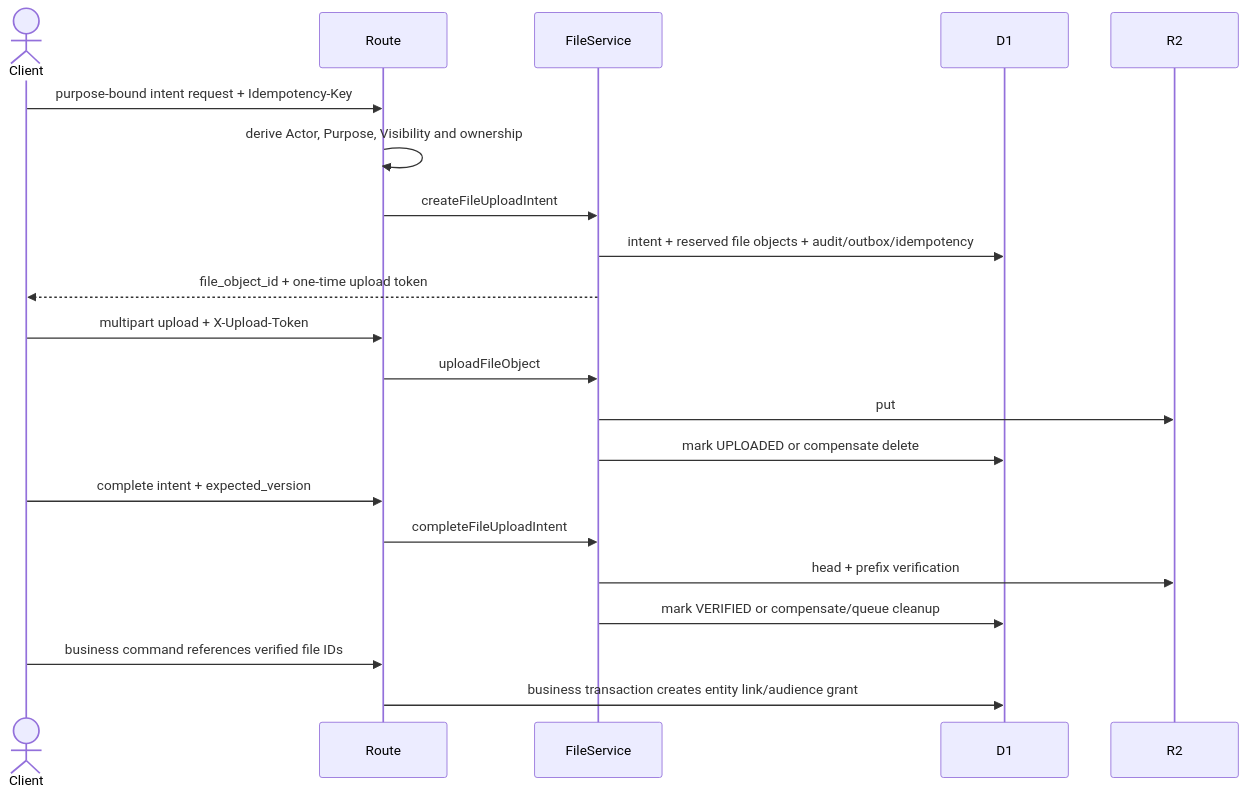
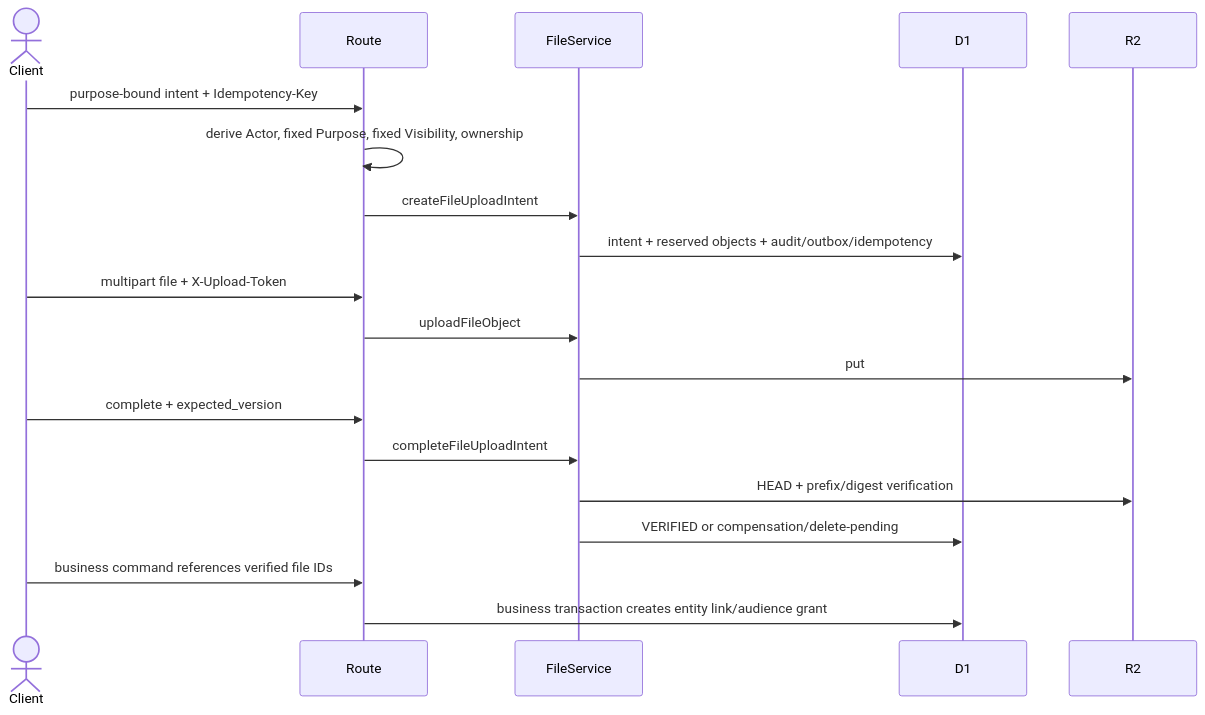
Before and after one commit to yueguangbailiangpin/yueguangbai-v2: the second of 2 diagrams in openspec/changes/wave13-frontend-readiness-backend-completion/design.md, drawn with Mermaid. The commit also changed other lines of this file and 5 other files, not shown here.

````diff
--- a/openspec/changes/wave13-frontend-readiness-backend-completion/design.md
+++ b/openspec/changes/wave13-frontend-readiness-backend-completion/design.md
@@ -173,23 +178,21 @@
 ```mermaid
 sequenceDiagram
   actor Client
   participant Route
   participant FileService
   participant D1
   participant R2
-  Client->>Route: purpose-bound intent request + Idempotency-Key
-  Route->>Route: derive Actor, Purpose, Visibility and ownership
+  Client->>Route: purpose-bound intent + Idempotency-Key
+  Route->>Route: derive Actor, fixed Purpose, fixed Visibility, ownership
   Route->>FileService: createFileUploadIntent
-  FileService->>D1: intent + reserved file objects + audit/outbox/idempotency
-  FileService-->>Client: file_object_id + one-time upload token
-  Client->>Route: multipart upload + X-Upload-Token
+  FileService->>D1: intent + reserved objects + audit/outbox/idempotency
+  Client->>Route: multipart file + X-Upload-Token
   Route->>FileService: uploadFileObject
   FileService->>R2: put
-  FileService->>D1: mark UPLOADED or compensate delete
-  Client->>Route: complete intent + expected_version
+  Client->>Route: complete + expected_version
   Route->>FileService: completeFileUploadIntent
-  FileService->>R2: head + prefix verification
-  FileService->>D1: mark VERIFIED or compensate/queue cleanup
+  FileService->>R2: HEAD + prefix/digest verification
+  FileService->>D1: VERIFIED or compensation/delete-pending
   Client->>Route: business command references verified file IDs
   Route->>D1: business transaction creates entity link/audience grant
 ```
````
